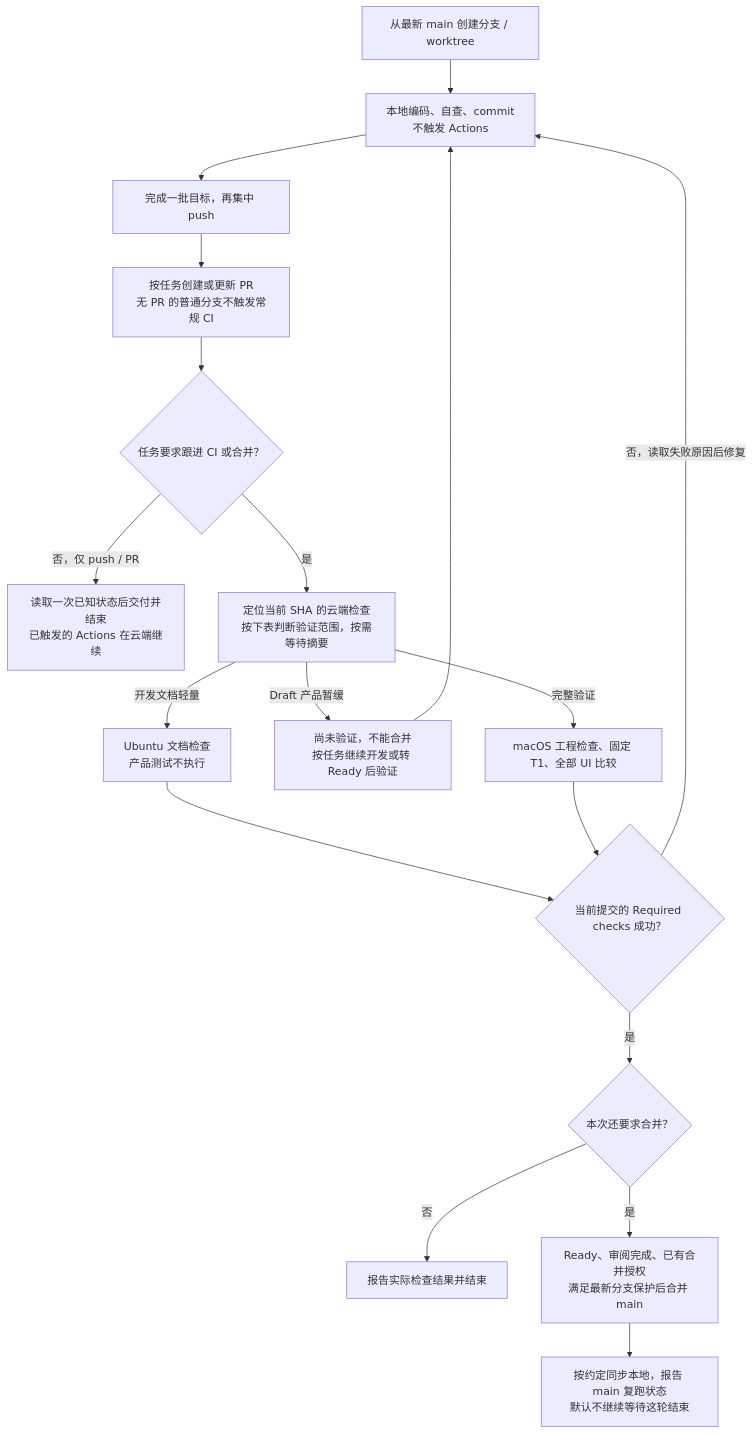
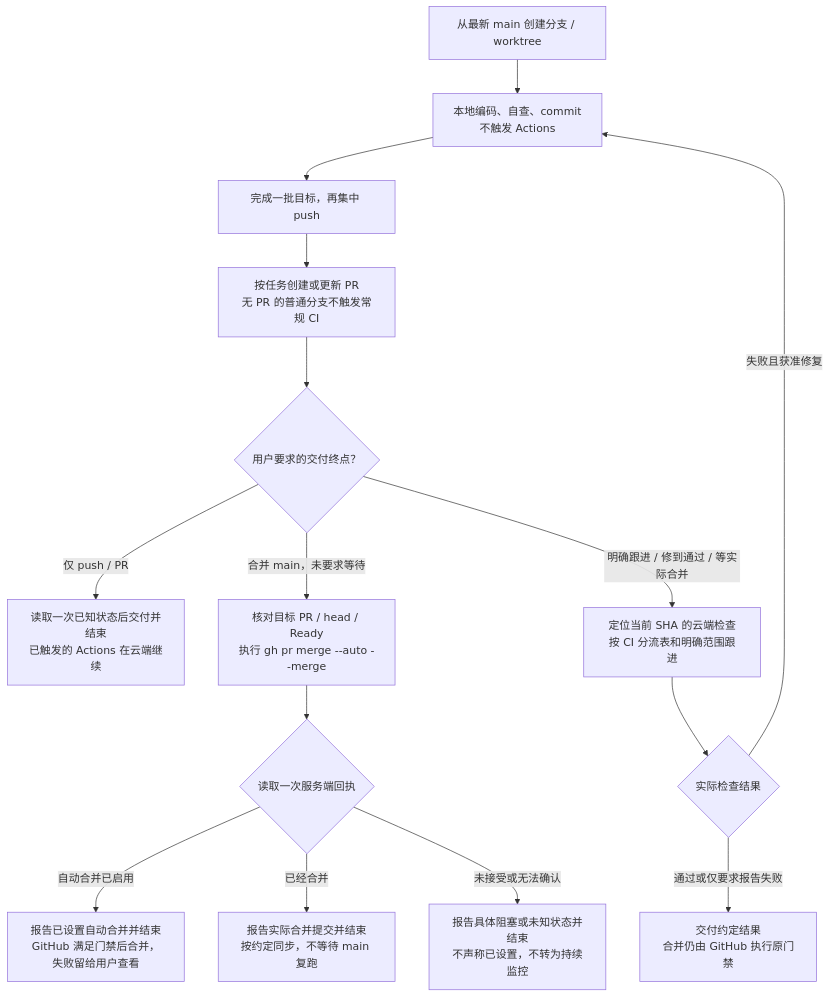
Before and after one commit to 6owen/boai-agent: the diagram in .agents/skills/boai-dev-workflow/SKILL.md, drawn with Mermaid. The commit also changed other lines of this file and 2 other files, not shown here.

Commit message:
docs(dev): default main merges to GitHub auto-merge

````diff
--- a/.agents/skills/boai-dev-workflow/SKILL.md
+++ b/.agents/skills/boai-dev-workflow/SKILL.md
@@ -32,20 +35,17 @@
 ```mermaid
 flowchart TD
     A["从最新 main 创建分支 / worktree"] --> B["本地编码、自查、commit<br/>不触发 Actions"]
     B --> C["完成一批目标，再集中 push"]
     C --> D["按任务创建或更新 PR<br/>无 PR 的普通分支不触发常规 CI"]
-    D --> E{"任务要求跟进 CI 或合并？"}
-    E -->|否，仅 push / PR| F["读取一次已知状态后交付并结束<br/>已触发的 Actions 在云端继续"]
-    E -->|是| G["定位当前 SHA 的云端检查<br/>按下表判断验证范围，按需等待摘要"]
-    G -->|开发文档轻量| H["Ubuntu 文档检查<br/>产品测试不执行"]
-    G -->|Draft 产品暂缓| I["尚未验证，不能合并<br/>按任务继续开发或转 Ready 后验证"]
-    G -->|完整验证| J["macOS 工程检查、固定 T1、全部 UI 比较"]
-    I --> B
-    H --> K{"当前提交的 Required checks 成功？"}
-    J --> K
-    K -->|否，读取失败原因后修复| B
-    K -->|是| L{"本次还要求合并？"}
-    L -->|否| M["报告实际检查结果并结束"]
-    L -->|是| N["Ready、审阅完成、已有合并授权<br/>满足最新分支保护后合并 main"]
-    N --> O["按约定同步本地，报告 main 复跑状态<br/>默认不继续等待这轮结束"]
+    D --> E{"用户要求的交付终点？"}
+    E -->|仅 push / PR| F["读取一次已知状态后交付并结束<br/>已触发的 Actions 在云端继续"]
+    E -->|合并 main，未要求等待| G["核对目标 PR / head / Ready<br/>执行 gh pr merge --auto --merge"]
+    G --> H{"读取一次服务端回执"}
+    H -->|自动合并已启用| I["报告已设置自动合并并结束<br/>GitHub 满足门禁后合并，失败留给用户查看"]
+    H -->|已经合并| J["报告实际合并提交并结束<br/>按约定同步，不等待 main 复跑"]
+    H -->|未接受或无法确认| K["报告具体阻塞或未知状态并结束<br/>不声称已设置，不转为持续监控"]
+    E -->|明确跟进 / 修到通过 / 等实际合并| L["定位当前 SHA 的云端检查<br/>按 CI 分流表和明确范围跟进"]
+    L --> M{"实际检查结果"}
+    M -->|失败且获准修复| B
+    M -->|通过或仅要求报告失败| N["交付约定结果<br/>合并仍由 GitHub 执行原门禁"]
 ```
````
